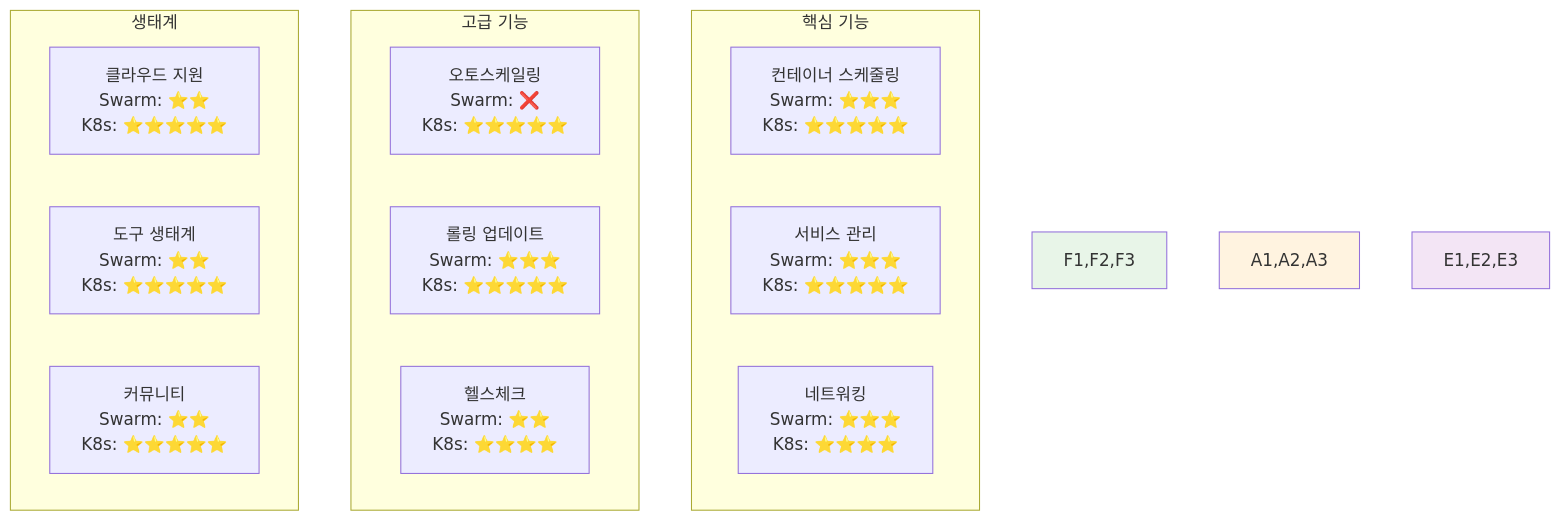
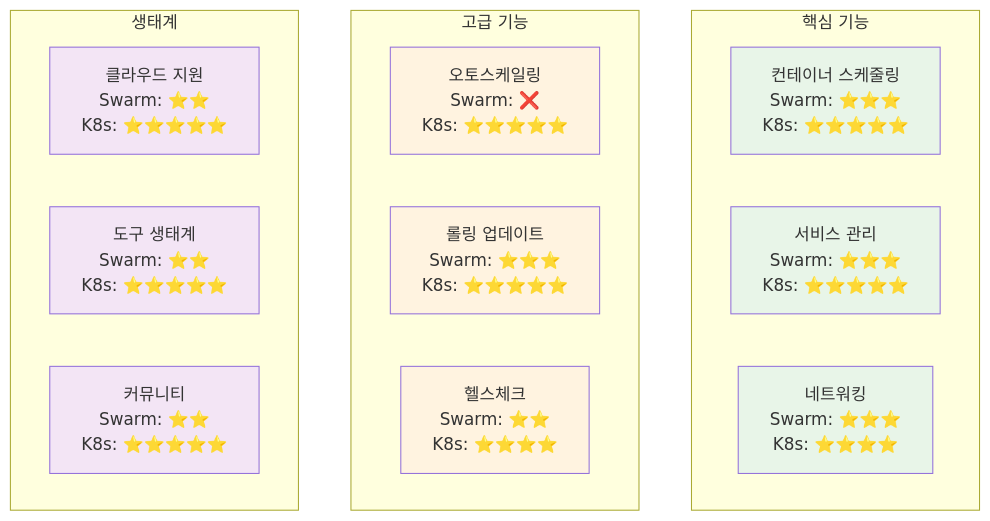
One commit to niceguy61/kdt_devops_lecture_2025 changed the third of 4 diagrams in theory/week_02/day4/session_1.md. Above: the diagram before and after it, drawn with Mermaid. The commit also changed other lines of this file and 63 other files, not shown here.

````diff
--- a/theory/week_02/day4/session_1.md
+++ b/theory/week_02/day4/session_1.md
@@ -108,24 +116,30 @@
 ```mermaid
 graph TB
     subgraph "핵심 기능"
         F1[컨테이너 스케줄링<br/>Swarm: ⭐⭐⭐<br/>K8s: ⭐⭐⭐⭐⭐]
         F2[서비스 관리<br/>Swarm: ⭐⭐⭐<br/>K8s: ⭐⭐⭐⭐⭐]
         F3[네트워킹<br/>Swarm: ⭐⭐⭐<br/>K8s: ⭐⭐⭐⭐]
     end
     
     subgraph "고급 기능"
         A1[오토스케일링<br/>Swarm: ❌<br/>K8s: ⭐⭐⭐⭐⭐]
         A2[롤링 업데이트<br/>Swarm: ⭐⭐⭐<br/>K8s: ⭐⭐⭐⭐⭐]
         A3[헬스체크<br/>Swarm: ⭐⭐<br/>K8s: ⭐⭐⭐⭐]
     end
     
     subgraph "생태계"
         E1[클라우드 지원<br/>Swarm: ⭐⭐<br/>K8s: ⭐⭐⭐⭐⭐]
         E2[도구 생태계<br/>Swarm: ⭐⭐<br/>K8s: ⭐⭐⭐⭐⭐]
         E3[커뮤니티<br/>Swarm: ⭐⭐<br/>K8s: ⭐⭐⭐⭐⭐]
     end
     
-    style F1,F2,F3 fill:#e8f5e8
-    style A1,A2,A3 fill:#fff3e0
-    style E1,E2,E3 fill:#f3e5f5
+    style F1 fill:#e8f5e8
+    style F2 fill:#e8f5e8
+    style F3 fill:#e8f5e8
+    style A1 fill:#fff3e0
+    style A2 fill:#fff3e0
+    style A3 fill:#fff3e0
+    style E1 fill:#f3e5f5
+    style E2 fill:#f3e5f5
+    style E3 fill:#f3e5f5
 ```
````
